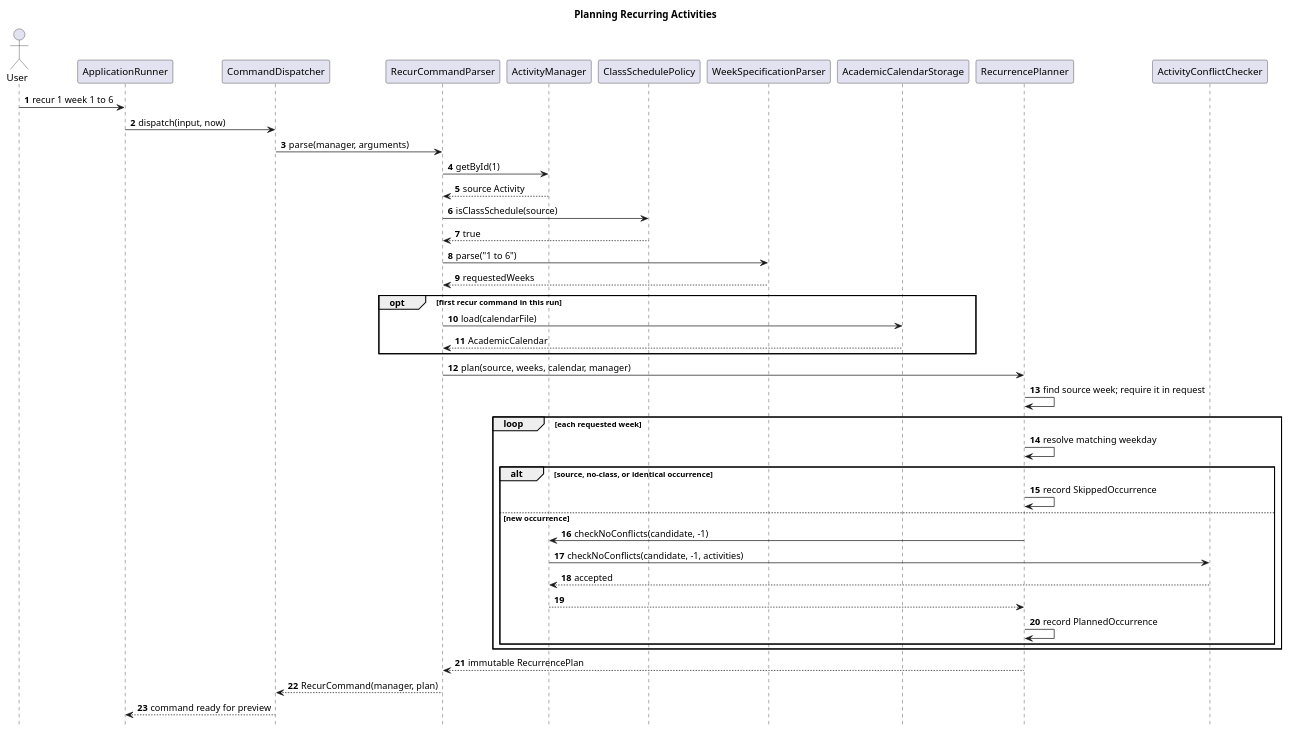
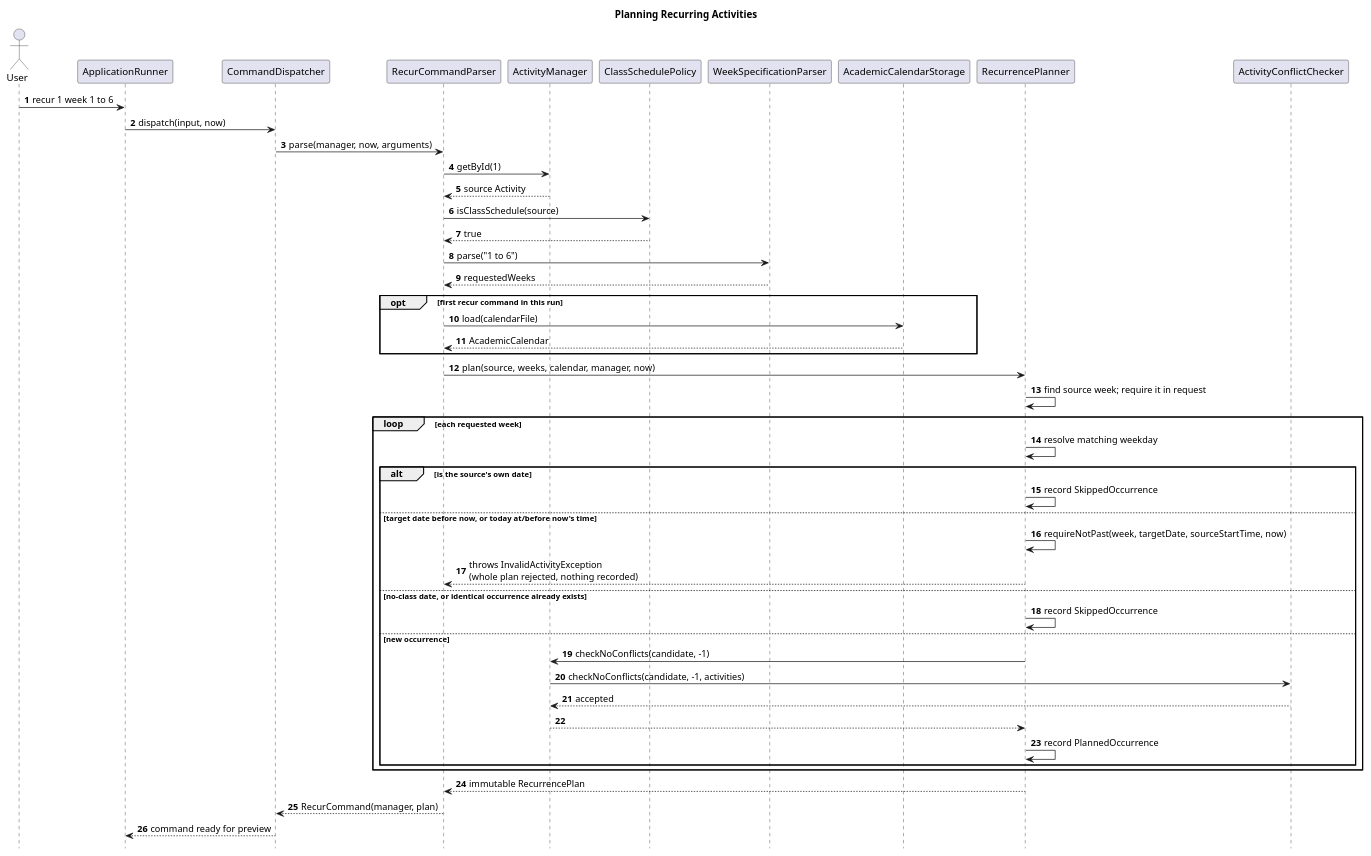
One commit to lukelouyu/SelfTeamProject changed the diagram in docs/diagrams/sequence/RecurrencePlanningSequence.puml. Above: the diagram before and after it, drawn with PlantUML. The commit also changed 13 other files, not shown here.

```diff
--- a/docs/diagrams/sequence/RecurrencePlanningSequence.puml
+++ b/docs/diagrams/sequence/RecurrencePlanningSequence.puml
@@ -1,50 +1,55 @@
 @startuml
 title Planning Recurring Activities
 
 skinparam shadowing false
 hide footbox
 autonumber
 
 actor User
 participant ApplicationRunner as Runner
 participant CommandDispatcher as Dispatcher
 participant RecurCommandParser as Parser
 participant ActivityManager as Manager
 participant ClassSchedulePolicy as Policy
 participant WeekSpecificationParser as WeekParser
 participant AcademicCalendarStorage as CalendarStorage
 participant RecurrencePlanner as Planner
 participant ActivityConflictChecker as Checker
 
 User -> Runner : recur 1 week 1 to 6
 Runner -> Dispatcher : dispatch(input, now)
-Dispatcher -> Parser : parse(manager, arguments)
+Dispatcher -> Parser : parse(manager, now, arguments)
 Parser -> Manager : getById(1)
 Manager --> Parser : source Activity
 Parser -> Policy : isClassSchedule(source)
 Policy --> Parser : true
 Parser -> WeekParser : parse("1 to 6")
 WeekParser --> Parser : requestedWeeks
 opt first recur command in this run
   Parser -> CalendarStorage : load(calendarFile)
   CalendarStorage --> Parser : AcademicCalendar
 end
-Parser -> Planner : plan(source, weeks, calendar, manager)
+Parser -> Planner : plan(source, weeks, calendar, manager, now)
 Planner -> Planner : find source week; require it in request
 loop each requested week
   Planner -> Planner : resolve matching weekday
-  alt source, no-class, or identical occurrence
+  alt is the source's own date
+    Planner -> Planner : record SkippedOccurrence
+  else target date before now, or today at/before now's time
+    Planner -> Planner : requireNotPast(week, targetDate, sourceStartTime, now)
+    Planner --> Parser : throws InvalidActivityException\n(whole plan rejected, nothing recorded)
+  else no-class date, or identical occurrence already exists
     Planner -> Planner : record SkippedOccurrence
   else new occurrence
     Planner -> Manager : checkNoConflicts(candidate, -1)
     Manager -> Checker : checkNoConflicts(candidate, -1, activities)
     Checker --> Manager : accepted
     Manager --> Planner
     Planner -> Planner : record PlannedOccurrence
   end
 end
 Planner --> Parser : immutable RecurrencePlan
 Parser --> Dispatcher : RecurCommand(manager, plan)
 Dispatcher --> Runner : command ready for preview
 
 @enduml
```
